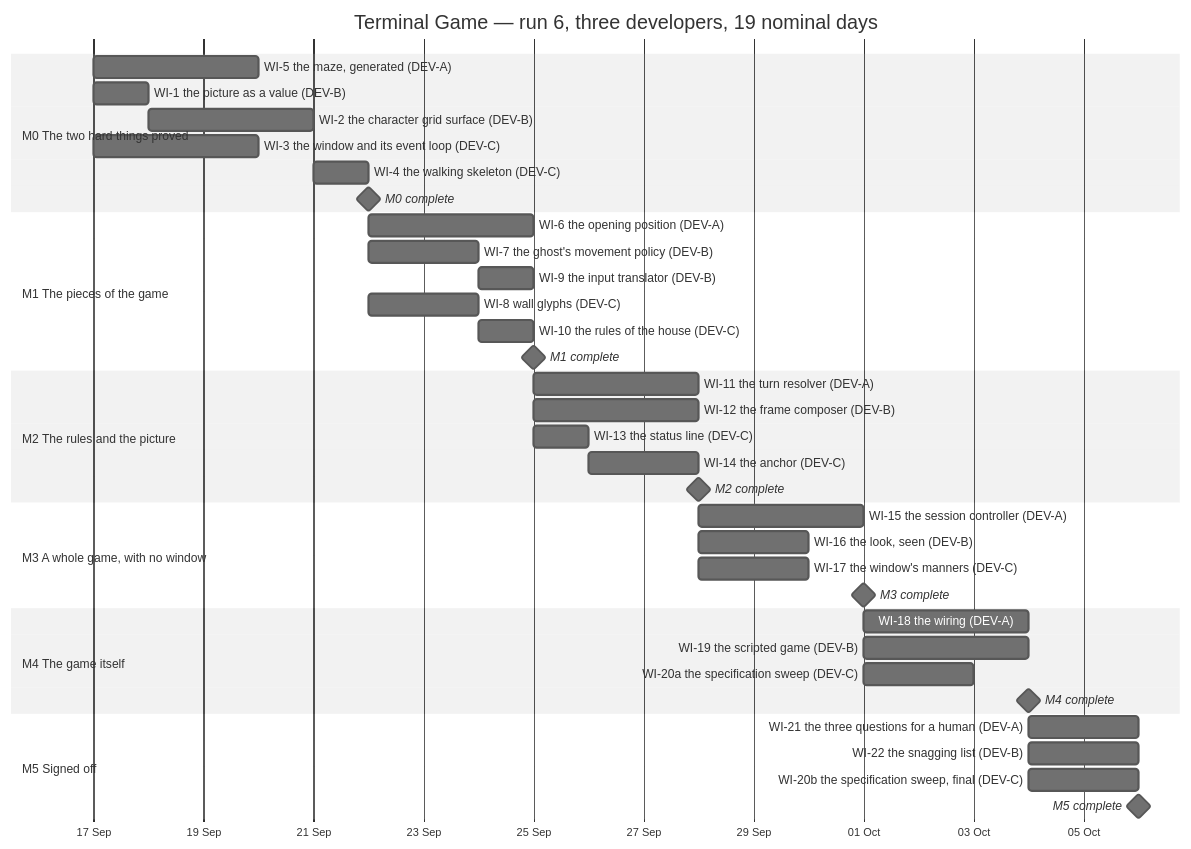
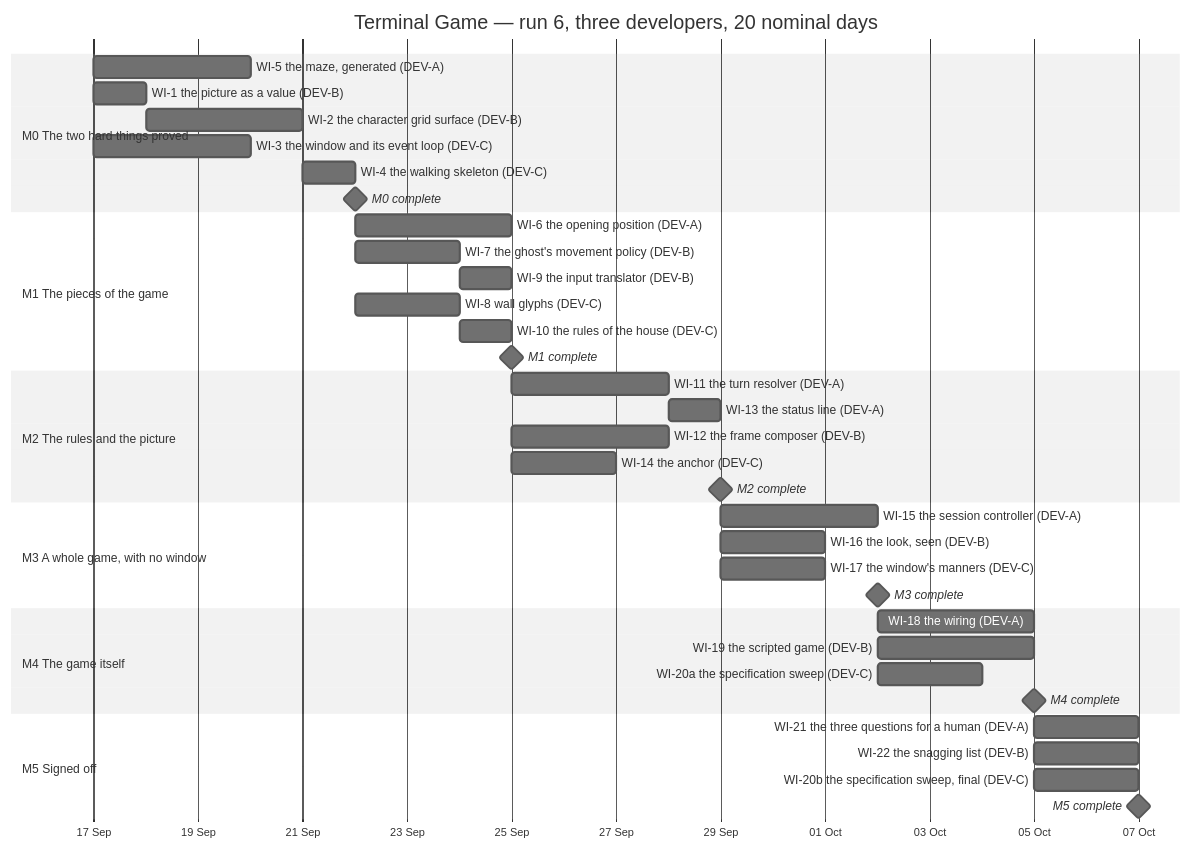
Before and after one commit to replicant1/NewTerminalGame: the diagram in docs/IMPLEMENTATION_PLAN.md, drawn with Mermaid (neutral theme). The commit also changed other lines of this file and 2 other files, not shown here.

````diff
--- a/docs/IMPLEMENTATION_PLAN.md
+++ b/docs/IMPLEMENTATION_PLAN.md
@@ -1062,47 +1275,47 @@
 ```mermaid
 gantt
-  title Terminal Game — run 6, three developers, 19 nominal days
+  title Terminal Game — run 6, three developers, 20 nominal days
   dateFormat YYYY-MM-DD
   axisFormat %d %b
 
   section M0 The two hard things proved
   WI-5 the maze, generated (DEV-A)          :a5, 2026-09-17, 3d
   WI-1 the picture as a value (DEV-B)       :a1, 2026-09-17, 1d
   WI-2 the character grid surface (DEV-B)   :a2, 2026-09-18, 3d
   WI-3 the window and its event loop (DEV-C):a3, 2026-09-17, 3d
   WI-4 the walking skeleton (DEV-C)         :a4, 2026-09-21, 1d
   M0 complete                               :milestone, m0, 2026-09-22, 0d
 
   section M1 The pieces of the game
   WI-6 the opening position (DEV-A)         :b6, 2026-09-22, 3d
   WI-7 the ghost's movement policy (DEV-B)  :b7, 2026-09-22, 2d
   WI-9 the input translator (DEV-B)         :b9, 2026-09-24, 1d
   WI-8 wall glyphs (DEV-C)                  :b8, 2026-09-22, 2d
   WI-10 the rules of the house (DEV-C)      :b10, 2026-09-24, 1d
   M1 complete                               :milestone, m1, 2026-09-25, 0d
 
   section M2 The rules and the picture
   WI-11 the turn resolver (DEV-A)           :c11, 2026-09-25, 3d
+  WI-13 the status line (DEV-A)             :c13, 2026-09-28, 1d
   WI-12 the frame composer (DEV-B)          :c12, 2026-09-25, 3d
-  WI-13 the status line (DEV-C)             :c13, 2026-09-25, 1d
-  WI-14 the anchor (DEV-C)                  :c14, 2026-09-26, 2d
-  M2 complete                               :milestone, m2, 2026-09-28, 0d
+  WI-14 the anchor (DEV-C)                  :c14, 2026-09-25, 2d
+  M2 complete                               :milestone, m2, 2026-09-29, 0d
 
   section M3 A whole game, with no window
-  WI-15 the session controller (DEV-A)      :d15, 2026-09-28, 3d
-  WI-16 the look, seen (DEV-B)              :d16, 2026-09-28, 2d
-  WI-17 the window's manners (DEV-C)        :d17, 2026-09-28, 2d
-  M3 complete                               :milestone, m3, 2026-10-01, 0d
+  WI-15 the session controller (DEV-A)      :d15, 2026-09-29, 3d
+  WI-16 the look, seen (DEV-B)              :d16, 2026-09-29, 2d
+  WI-17 the window's manners (DEV-C)        :d17, 2026-09-29, 2d
+  M3 complete                               :milestone, m3, 2026-10-02, 0d
 
   section M4 The game itself
-  WI-18 the wiring (DEV-A)                  :e18, 2026-10-01, 3d
-  WI-19 the scripted game (DEV-B)           :e19, 2026-10-01, 3d
-  WI-20a the specification sweep (DEV-C)    :e20a, 2026-10-01, 2d
-  M4 complete                               :milestone, m4, 2026-10-04, 0d
+  WI-18 the wiring (DEV-A)                  :e18, 2026-10-02, 3d
+  WI-19 the scripted game (DEV-B)           :e19, 2026-10-02, 3d
+  WI-20a the specification sweep (DEV-C)    :e20a, 2026-10-02, 2d
+  M4 complete                               :milestone, m4, 2026-10-05, 0d
 
   section M5 Signed off
-  WI-21 the three questions for a human (DEV-A) :f21, 2026-10-04, 2d
-  WI-22 the snagging list (DEV-B)               :f22, 2026-10-04, 2d
-  WI-20b the specification sweep, final (DEV-C) :f20b, 2026-10-04, 2d
-  M5 complete                                   :milestone, m5, 2026-10-06, 0d
+  WI-21 the three questions for a human (DEV-A) :f21, 2026-10-05, 2d
+  WI-22 the snagging list (DEV-B)               :f22, 2026-10-05, 2d
+  WI-20b the specification sweep, final (DEV-C) :f20b, 2026-10-05, 2d
+  M5 complete                                   :milestone, m5, 2026-10-07, 0d
 ```
````
